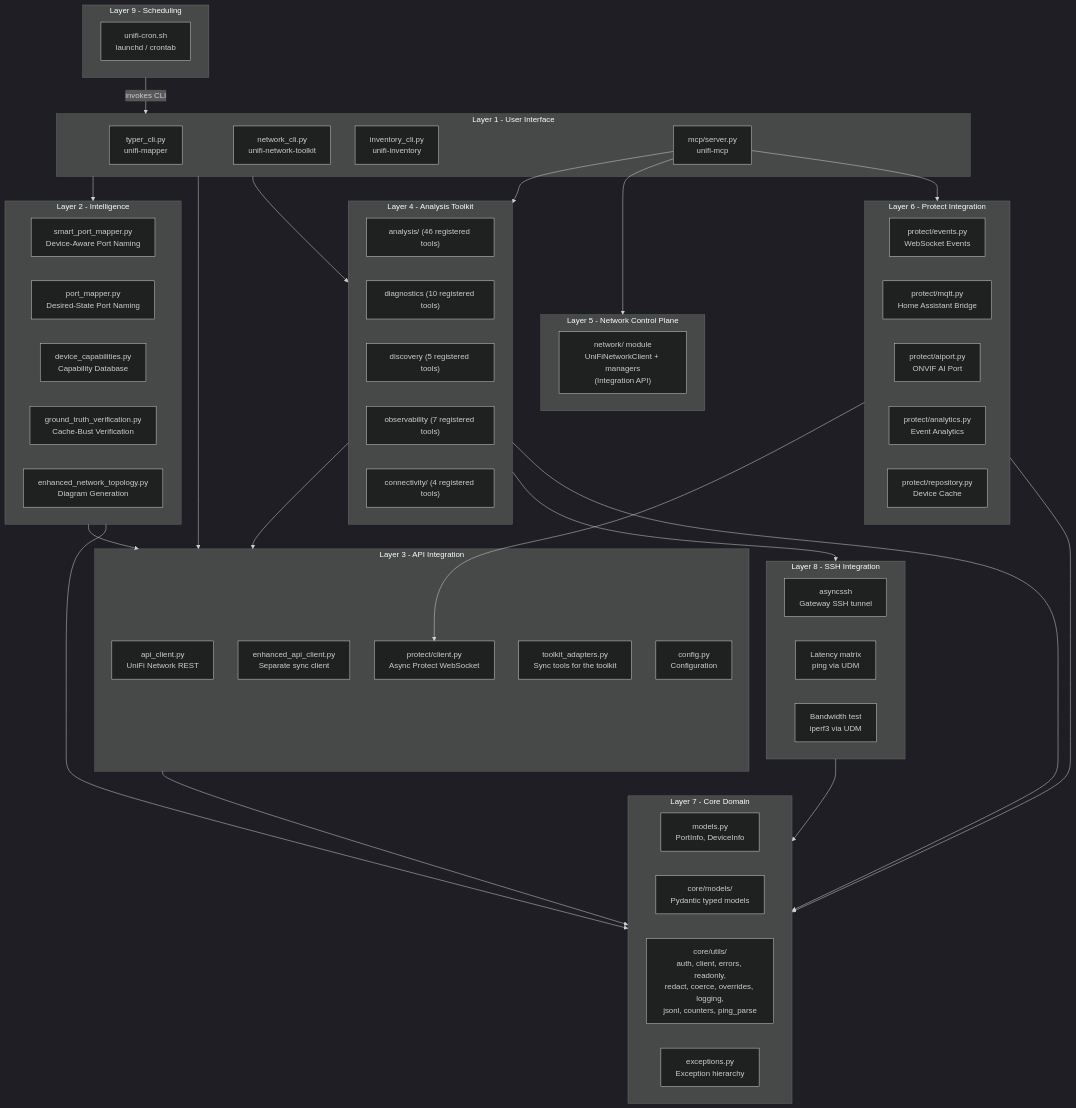
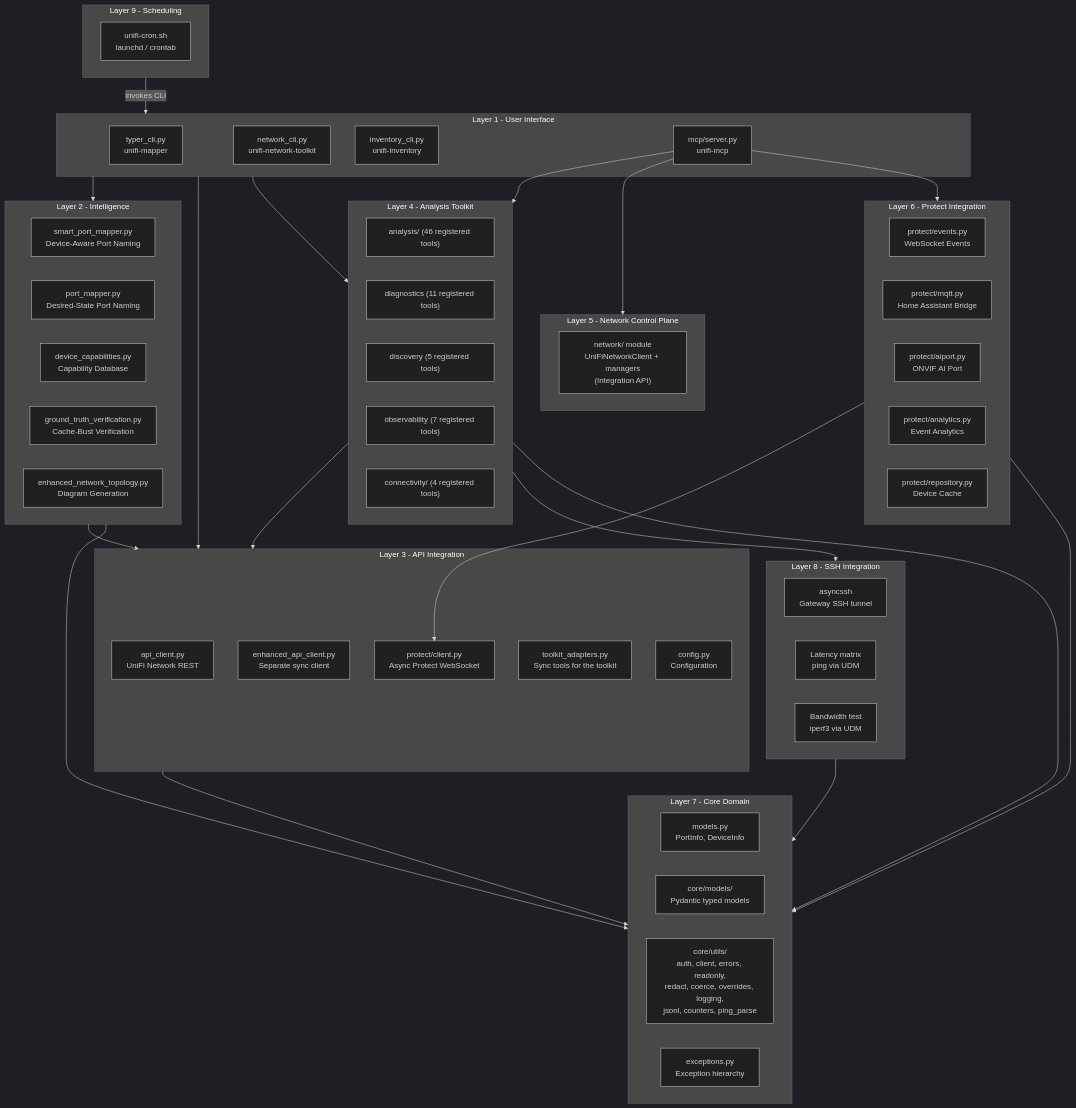
One commit to NetDevAutomate/unifi_management_cli changed the first of 21 diagrams in docs/architecture/architecture-overview.md. Above: the diagram before and after it, drawn with Mermaid (dark theme). The commit also changed other lines of this file and 17 other files, not shown here.

````diff
--- a/docs/architecture/architecture-overview.md
+++ b/docs/architecture/architecture-overview.md
@@ -55,79 +55,79 @@
 ```mermaid
 graph TB
     subgraph UI["Layer 1 - User Interface"]
         TC["typer_cli.py\nunifi-mapper"]
         NC["network_cli.py\nunifi-network-toolkit"]
         IC["inventory_cli.py\nunifi-inventory"]
         MCP["mcp/server.py\nunifi-mcp"]
     end
 
     subgraph SCHED["Layer 9 - Scheduling"]
         CRON["unifi-cron.sh\nlaunchd / crontab"]
     end
 
     subgraph INT["Layer 2 - Intelligence"]
         SPM["smart_port_mapper.py\nDevice-Aware Port Naming"]
         PM["port_mapper.py\nDesired-State Port Naming"]
         DC["device_capabilities.py\nCapability Database"]
         GTV["ground_truth_verification.py\nCache-Bust Verification"]
         NT["enhanced_network_topology.py\nDiagram Generation"]
     end
 
     subgraph API["Layer 3 - API Integration"]
         AC["api_client.py\nUniFi Network REST"]
         EAC["enhanced_api_client.py\nSeparate sync client"]
         PC["protect/client.py\nAsync Protect WebSocket"]
         TA["toolkit_adapters.py\nSync tools for the toolkit"]
         CFG["config.py\nConfiguration"]
     end
 
     subgraph AT["Layer 4 - Analysis Toolkit"]
         AN["analysis/ (46 registered tools)"]
-        DG["diagnostics (10 registered tools)"]
+        DG["diagnostics (11 registered tools)"]
         DS["discovery (5 registered tools)"]
         OB["observability (7 registered tools)"]
         CN["connectivity/ (4 registered tools)"]
     end
 
     subgraph SSH["Layer 8 - SSH Integration"]
         SSHL["asyncssh\nGateway SSH tunnel"]
         PING["Latency matrix\nping via UDM"]
         IPERF["Bandwidth test\niperf3 via UDM"]
     end
 
     subgraph NCP["Layer 5 - Network Control Plane"]
         NW["network/ module\nUniFiNetworkClient + managers\n(Integration API)"]
     end
 
     subgraph PR["Layer 6 - Protect Integration"]
         PE["protect/events.py\nWebSocket Events"]
         PQ["protect/mqtt.py\nHome Assistant Bridge"]
         PAI["protect/aiport.py\nONVIF AI Port"]
         PAN["protect/analytics.py\nEvent Analytics"]
         PRE["protect/repository.py\nDevice Cache"]
     end
 
     subgraph CD["Layer 7 - Core Domain"]
         MD["models.py\nPortInfo, DeviceInfo"]
         CM["core/models/\nPydantic typed models"]
         CU["core/utils/\nauth, client, errors, readonly,\nredact, coerce, overrides, logging,\njsonl, counters, ping_parse"]
         EX["exceptions.py\nException hierarchy"]
     end
 
     SCHED -->|"invokes CLI"| UI
     UI --> INT
     UI --> API
     UI --> AT
     INT --> API
     INT --> CD
     API --> CD
     AT --> API
     AT --> SSH
     AT --> CD
     PR --> PC
     PR --> CD
     MCP --> AT
     MCP --> NCP
     MCP --> PR
     SSH --> CD
 ```
````
